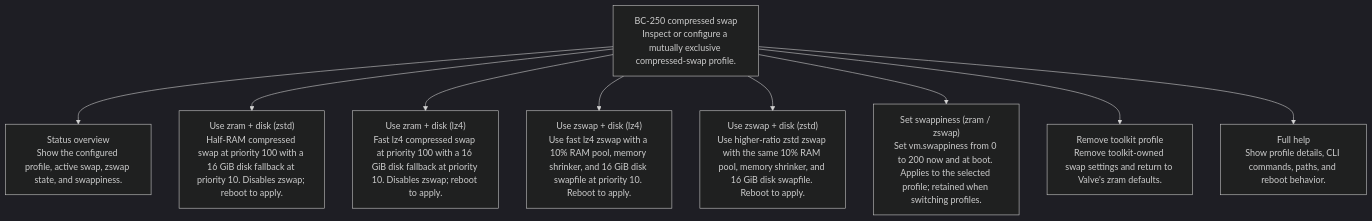
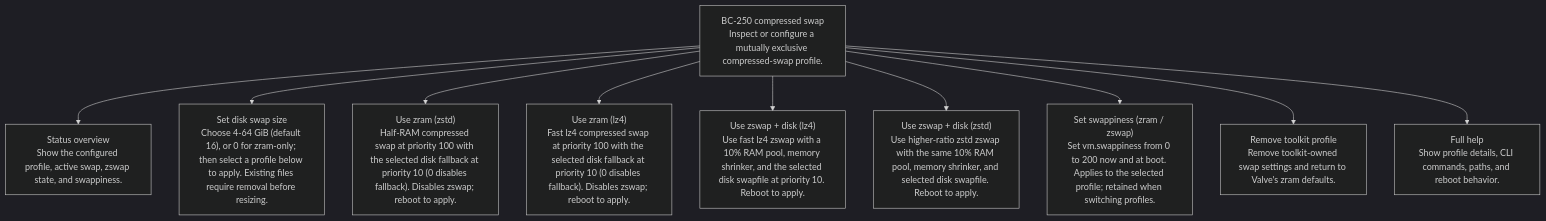
One commit to keyboardspecialist/bc250-steamos changed the diagram in menus/swap.mmd. Above: the diagram before and after it, drawn with Mermaid (dark theme). The commit also changed 6 other files, not shown here.

Commit message:
fix: release v0.39.1 with terminal swap size controls

```diff
--- a/menus/swap.mmd
+++ b/menus/swap.mmd
@@ -1,21 +1,23 @@
 %% menu-flow-v1
 flowchart TD
 
 menu__root["BC-250 compressed swap<br/>Inspect or configure a mutually exclusive compressed-swap profile."]:::root
 action__status["Status overview<br/>Show the configured profile, active swap, zswap state, and swappiness."]:::read_only
-action__zram["Use zram + disk (zstd)<br/>Half-RAM compressed swap at priority 100 with a 16 GiB disk fallback at priority 10. Disables zswap; reboot to apply."]:::install
-action__zram_lz4["Use zram + disk (lz4)<br/>Fast lz4 compressed swap at priority 100 with a 16 GiB disk fallback at priority 10. Disables zswap; reboot to apply."]:::install
-action__zswap["Use zswap + disk (lz4)<br/>Use fast lz4 zswap with a 10% RAM pool, memory shrinker, and 16 GiB disk swapfile at priority 10. Reboot to apply."]:::install
-action__zswap_zstd["Use zswap + disk (zstd)<br/>Use higher-ratio zstd zswap with the same 10% RAM pool, memory shrinker, and 16 GiB disk swapfile. Reboot to apply."]:::install
+action__size["Set disk swap size<br/>Choose 4-64 GiB (default 16), or 0 for zram-only; then select a profile below to apply. Existing files require removal before resizing."]:::install
+action__zram["Use zram (zstd)<br/>Half-RAM compressed swap at priority 100 with the selected disk fallback at priority 10 (0 disables fallback). Disables zswap; reboot to apply."]:::install
+action__zram_lz4["Use zram (lz4)<br/>Fast lz4 compressed swap at priority 100 with the selected disk fallback at priority 10 (0 disables fallback). Disables zswap; reboot to apply."]:::install
+action__zswap["Use zswap + disk (lz4)<br/>Use fast lz4 zswap with a 10% RAM pool, memory shrinker, and the selected disk swapfile at priority 10. Reboot to apply."]:::install
+action__zswap_zstd["Use zswap + disk (zstd)<br/>Use higher-ratio zstd zswap with the same 10% RAM pool, memory shrinker, and selected disk swapfile. Reboot to apply."]:::install
 action__remove["Remove toolkit profile<br/>Remove toolkit-owned swap settings and return to Valve's zram defaults."]:::cleanup
 action__swappiness["Set swappiness (zram / zswap)<br/>Set vm.swappiness from 0 to 200 now and at boot. Applies to the selected profile; retained when switching profiles."]:::install
 action__help["Full help<br/>Show profile details, CLI commands, paths, and reboot behavior."]:::read_only
 
 menu__root --> action__status
+menu__root --> action__size
 menu__root --> action__zram
 menu__root --> action__zram_lz4
 menu__root --> action__zswap
 menu__root --> action__zswap_zstd
 menu__root --> action__swappiness
 menu__root --> action__remove
 menu__root --> action__help
```
